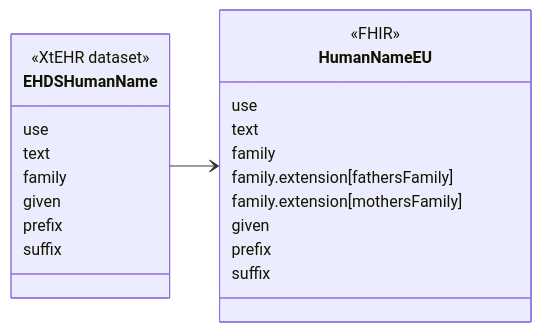
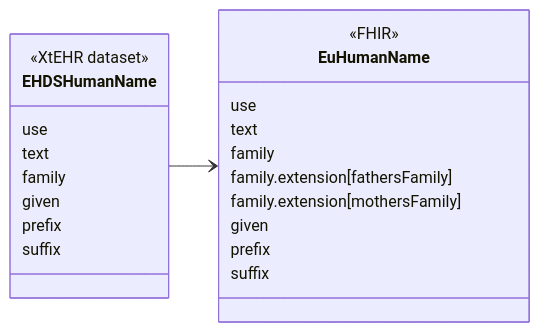
Before and after one commit to oijauregui/ehdsimaging: the diagram in new/input/intro-notes/ConceptMap-EHDSHumanNameMap-intro.md, drawn with Mermaid. The commit also changed 162 other files, not shown here.

````diff
--- a/new/input/intro-notes/ConceptMap-EHDSHumanNameMap-intro.md
+++ b/new/input/intro-notes/ConceptMap-EHDSHumanNameMap-intro.md
@@ -5,27 +5,27 @@
 ```mermaid
 classDiagram
 direction LR
 class EHDSHumanName {
   <<XtEHR dataset>>
   use
   text
   family
   given
   prefix
   suffix
 }
 link EHDSHumanName "https://build.fhir.org/ig/Xt-EHR/xt-ehr-common/StructureDefinition-EHDSHumanName.html"
-class HumanNameEU{
+class EuHumanName{
   <<FHIR>>
   use
   text
   family
   family.extension[fathersFamily]
   family.extension[mothersFamily]
   given
   prefix
   suffix
 }
 
-EHDSHumanName --> HumanNameEU
+EHDSHumanName --> EuHumanName
 ```
````
